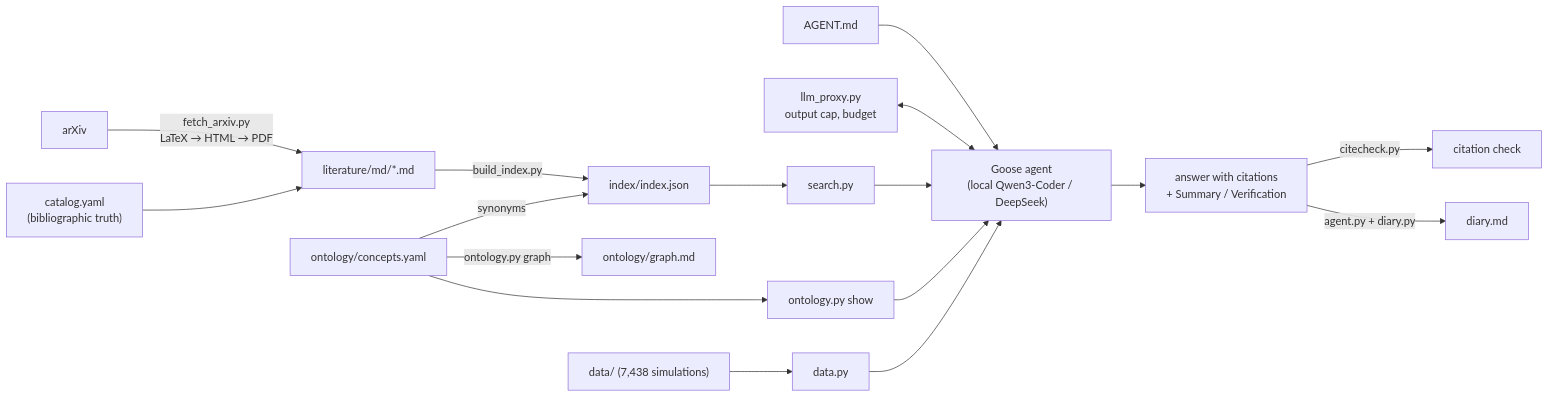
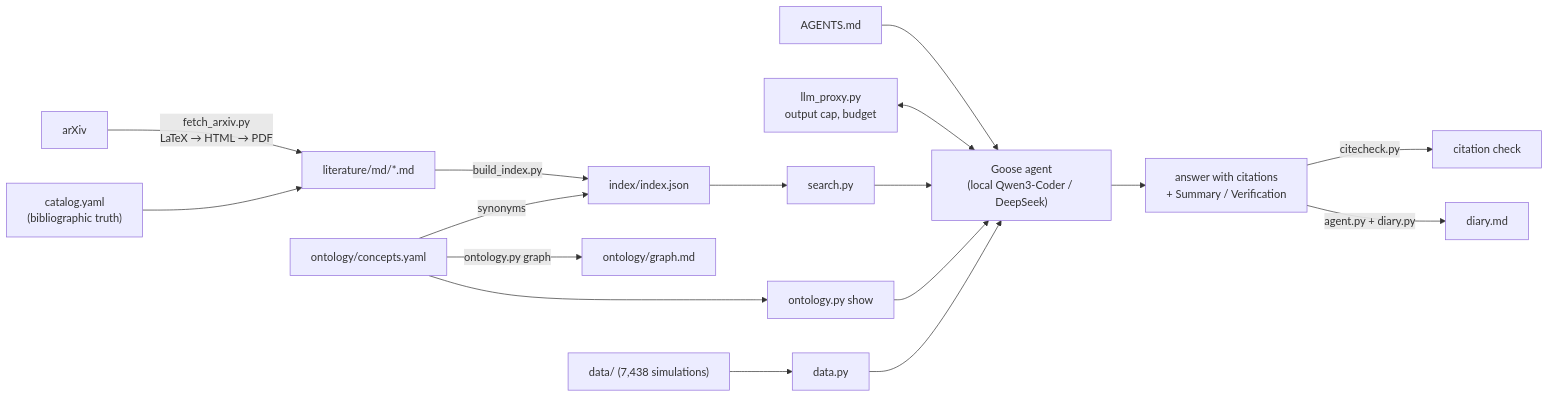
The diagram in REPORT.md (sultan11th/ccsn-gw-env), drawn with Mermaid before and after one commit. The commit also changed other lines of this file and 24 other files, not shown here.

````diff
--- a/REPORT.md
+++ b/REPORT.md
@@ -44,19 +44,19 @@
 ```mermaid
 graph LR
   arxiv["arXiv"] -->|"fetch_arxiv.py<br/>LaTeX → HTML → PDF"| md["literature/md/*.md"]
   cat["catalog.yaml<br/>(bibliographic truth)"] --> md
   md -->|build_index.py| idx["index/index.json"]
   onto["ontology/concepts.yaml"] -->|synonyms| idx
   onto -->|ontology.py graph| graphmd["ontology/graph.md"]
   idx --> search["search.py"]
   onto --> show["ontology.py show"]
   dataset["data/ (7,438 simulations)"] --> dpy["data.py"]
-  contract["AGENT.md"] --> agent["Goose agent<br/>(local Qwen3-Coder / DeepSeek)"]
+  contract["AGENTS.md"] --> agent["Goose agent<br/>(local Qwen3-Coder / DeepSeek)"]
   proxy["llm_proxy.py<br/>output cap, budget"] <--> agent
   search --> agent
   show --> agent
   dpy --> agent
   agent --> answer["answer with citations<br/>+ Summary / Verification"]
   answer -->|"citecheck.py"| check["citation check"]
   answer -->|"agent.py + diary.py"| diary["diary.md"]
 ```
````
